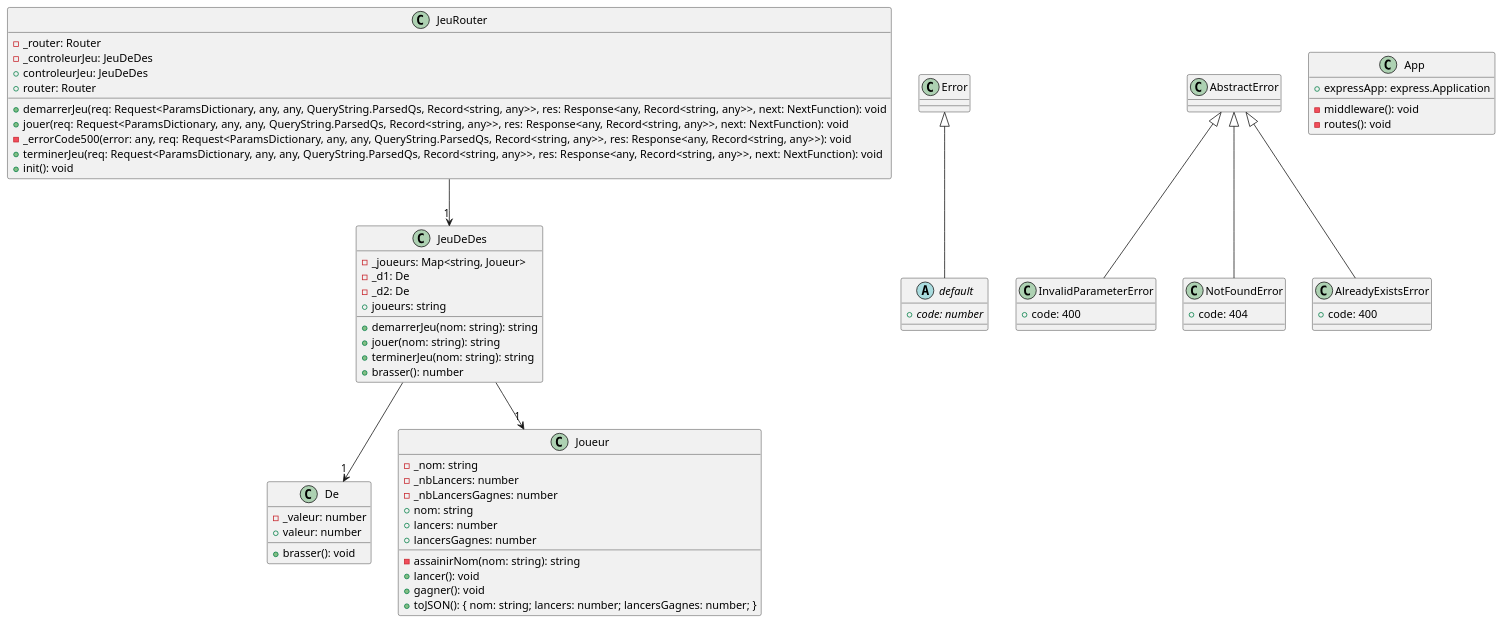
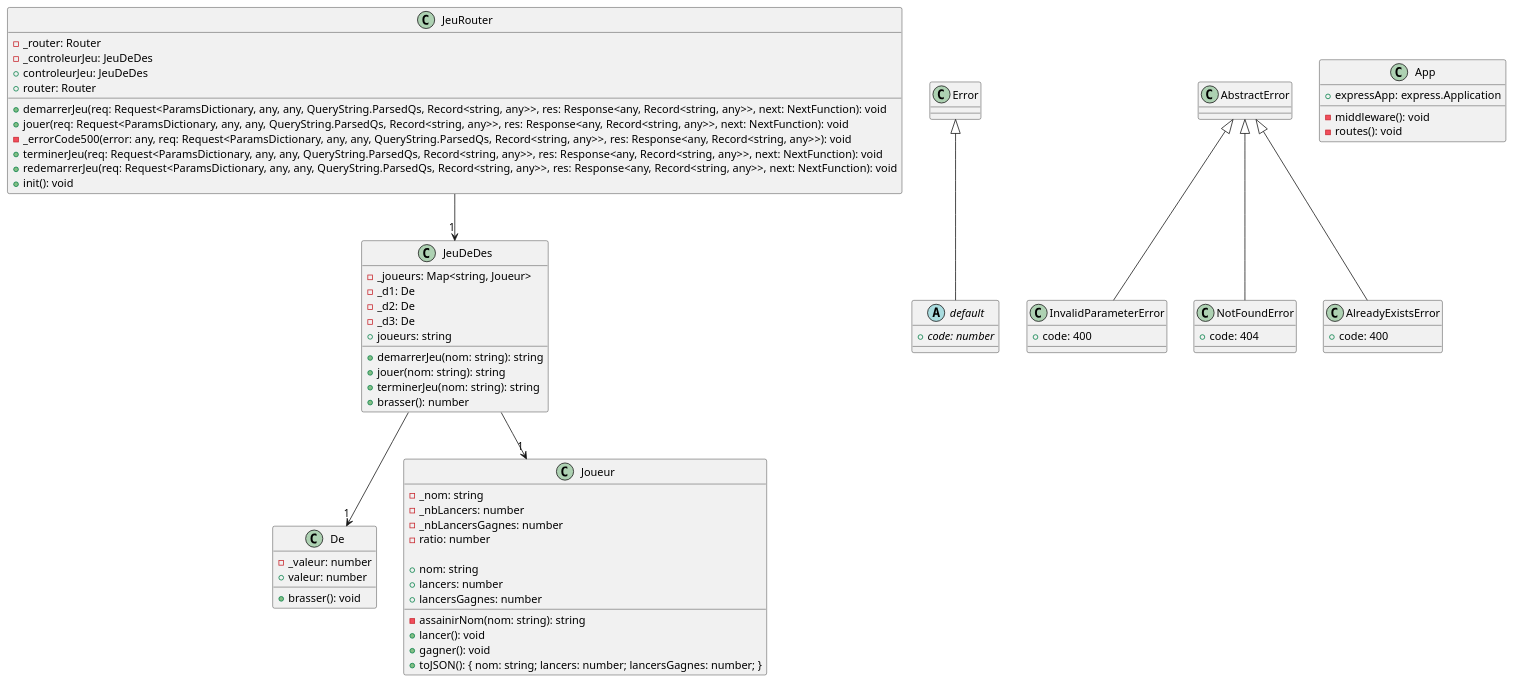
One commit to charlcl180/s20223-log210-01-lab00-charlcl180-main changed the diagram in s20223-log210-01-lab00-charlcl180-main/docs/modeles/App.puml. Above: the diagram before and after it, drawn with PlantUML. The commit also changed 2 other files, not shown here.

```diff
--- a/s20223-log210-01-lab00-charlcl180-main/docs/modeles/App.puml
+++ b/s20223-log210-01-lab00-charlcl180-main/docs/modeles/App.puml
@@ -1,60 +1,64 @@
 @startuml
 class De {
     -_valeur: number
     +brasser(): void
     +valeur: number
 }
 abstract class default extends Error {
     +{abstract} code: number
 }
 class InvalidParameterError extends AbstractError {
     +code: 400
 }
 class Joueur {
     -_nom: string
     -_nbLancers: number
     -_nbLancersGagnes: number
+    -ratio: number
+
     +nom: string
     -assainirNom(nom: string): string
     +lancers: number
     +lancersGagnes: number
     +lancer(): void
     +gagner(): void
     +toJSON(): { nom: string; lancers: number; lancersGagnes: number; }
 }
 class NotFoundError extends AbstractError {
     +code: 404
 }
 class AlreadyExistsError extends AbstractError {
     +code: 400
 }
 class JeuDeDes {
     -_joueurs: Map<string, Joueur>
     -_d1: De
     -_d2: De
+    -_d3: De
     +demarrerJeu(nom: string): string
     +jouer(nom: string): string
     +terminerJeu(nom: string): string
     +brasser(): number
     +joueurs: string
 }
 class JeuRouter {
     -_router: Router
     -_controleurJeu: JeuDeDes
     +controleurJeu: JeuDeDes
     +router: Router
     +demarrerJeu(req: Request<ParamsDictionary, any, any, QueryString.ParsedQs, Record<string, any>>, res: Response<any, Record<string, any>>, next: NextFunction): void
     +jouer(req: Request<ParamsDictionary, any, any, QueryString.ParsedQs, Record<string, any>>, res: Response<any, Record<string, any>>, next: NextFunction): void
     -_errorCode500(error: any, req: Request<ParamsDictionary, any, any, QueryString.ParsedQs, Record<string, any>>, res: Response<any, Record<string, any>>): void
     +terminerJeu(req: Request<ParamsDictionary, any, any, QueryString.ParsedQs, Record<string, any>>, res: Response<any, Record<string, any>>, next: NextFunction): void
+    +redemarrerJeu(req: Request<ParamsDictionary, any, any, QueryString.ParsedQs, Record<string, any>>, res: Response<any, Record<string, any>>, next: NextFunction): void
     +init(): void
 }
 class App {
     +expressApp: express.Application
     -middleware(): void
     -routes(): void
 }
 JeuDeDes --> "1" Joueur
 JeuDeDes --> "1" De
 JeuRouter --> "1" JeuDeDes
 @enduml
```
